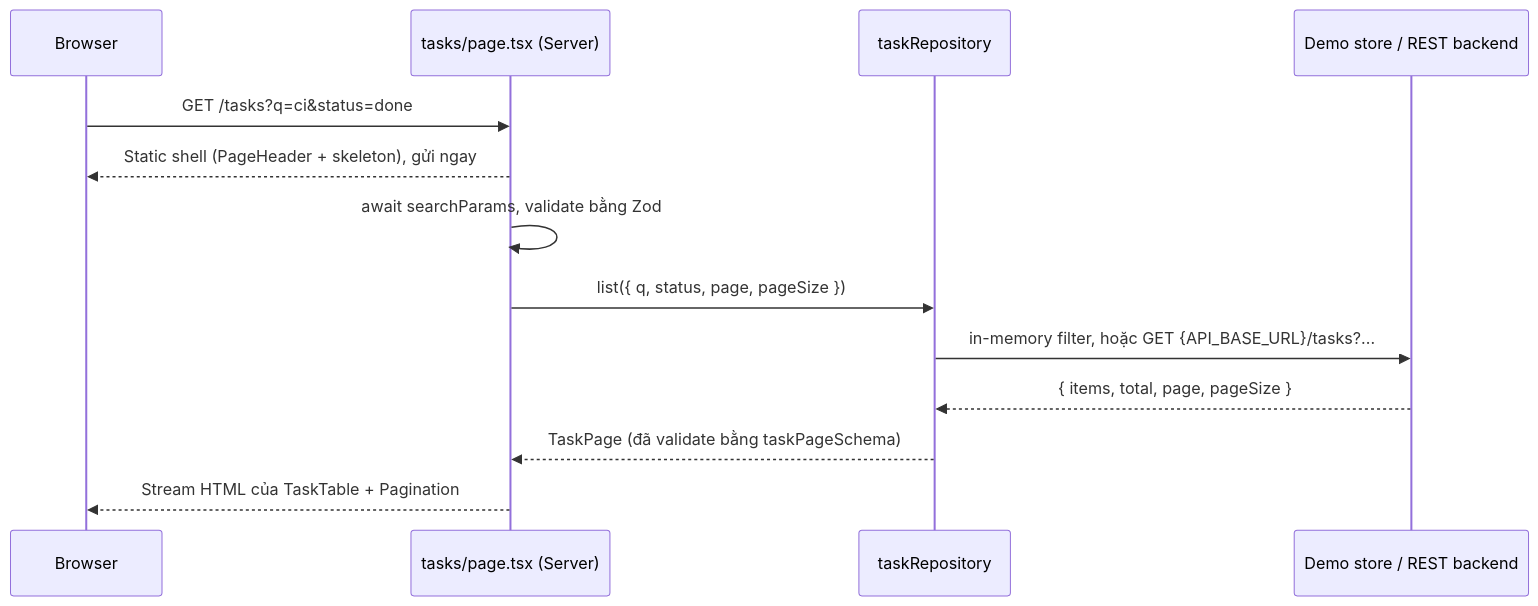
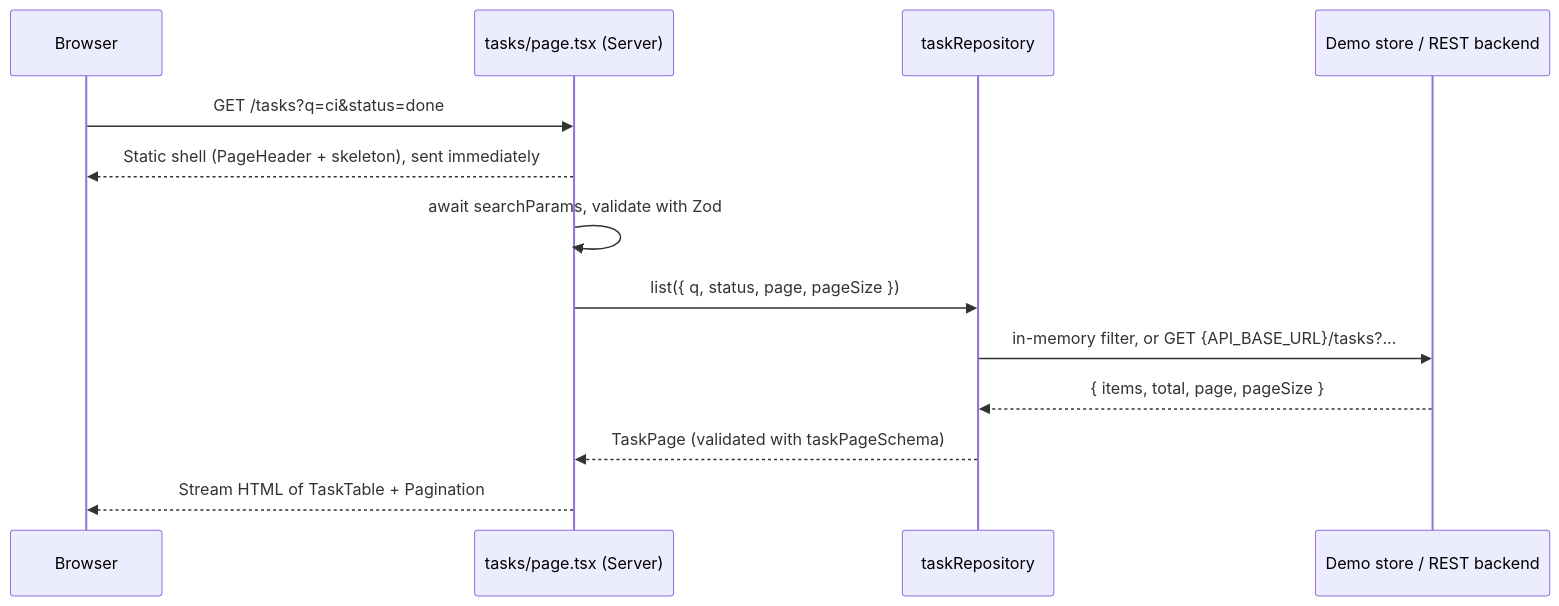
The second of 4 diagrams in docs/architecture.md (lannguyenit598/nextjs-atomic-starter), drawn with Mermaid before and after one commit. The commit also changed other lines of this file and 20 other files, not shown here.

````diff
--- a/docs/architecture.md
+++ b/docs/architecture.md
@@ -130,15 +130,15 @@
 ```mermaid
 sequenceDiagram
     participant B as Browser
     participant P as tasks/page.tsx (Server)
     participant R as taskRepository
     participant D as Demo store / REST backend
     B->>P: GET /tasks?q=ci&status=done
-    P-->>B: Static shell (PageHeader + skeleton), gửi ngay
-    P->>P: await searchParams, validate bằng Zod
+    P-->>B: Static shell (PageHeader + skeleton), sent immediately
+    P->>P: await searchParams, validate with Zod
     P->>R: list({ q, status, page, pageSize })
-    R->>D: in-memory filter, hoặc GET {API_BASE_URL}/tasks?...
+    R->>D: in-memory filter, or GET {API_BASE_URL}/tasks?...
     D-->>R: { items, total, page, pageSize }
-    R-->>P: TaskPage (đã validate bằng taskPageSchema)
-    P-->>B: Stream HTML của TaskTable + Pagination
+    R-->>P: TaskPage (validated with taskPageSchema)
+    P-->>B: Stream HTML of TaskTable + Pagination
 ```
````
